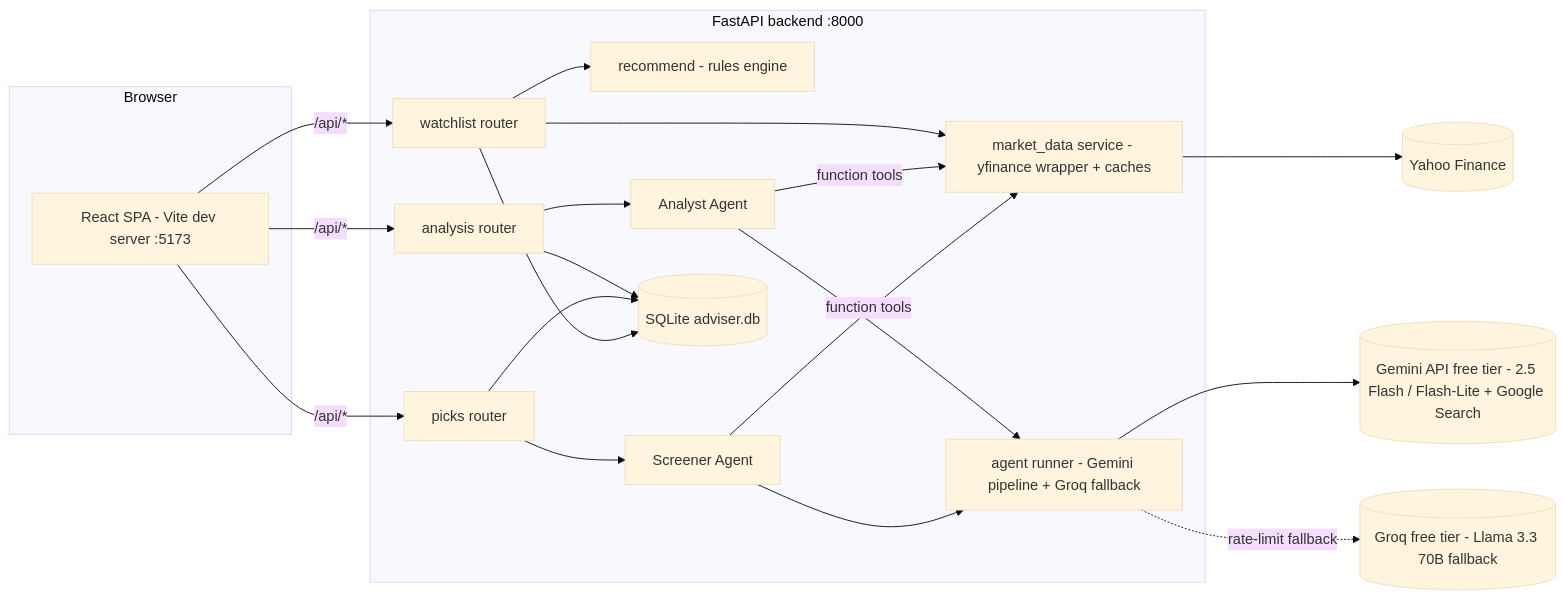
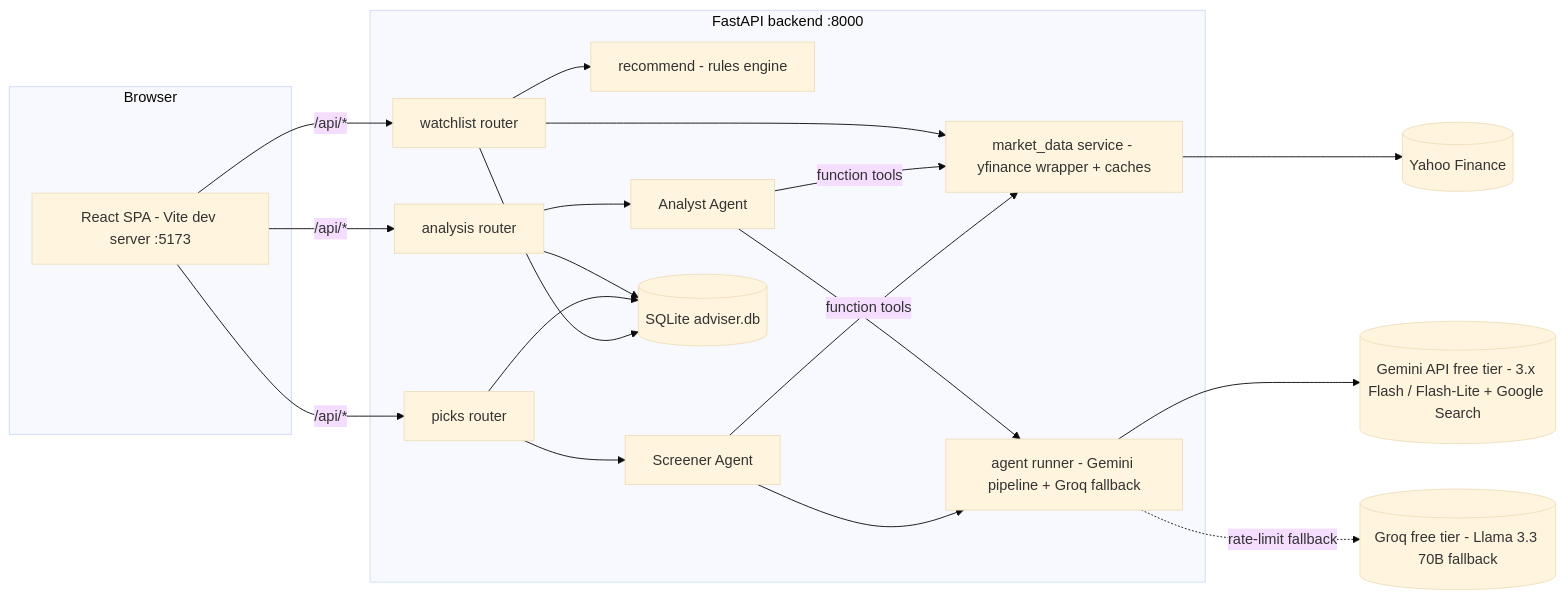
Before and after one commit to deepaknegi16/investment_adviser: the first of 4 diagrams in DESIGN.md, drawn with Mermaid (base theme). The commit also changed other lines of this file, not shown here.

Commit message:
Docs: current Gemini 3.x model names

````diff
--- a/DESIGN.md
+++ b/DESIGN.md
@@ -11,29 +11,29 @@
 ```mermaid
 flowchart LR
     subgraph Browser
         UI[React SPA - Vite dev server :5173]
     end
     subgraph Backend [FastAPI backend :8000]
         WR[watchlist router]
         AR[analysis router]
         PR[picks router]
         MD[market_data service - yfinance wrapper + caches]
         RE[recommend - rules engine]
         AG1[Analyst Agent]
         AG2[Screener Agent]
         RUN[agent runner - Gemini pipeline + Groq fallback]
         DB[(SQLite adviser.db)]
     end
     Y[(Yahoo Finance)]
-    O[(Gemini API free tier - 2.5 Flash / Flash-Lite + Google Search)]
+    O[(Gemini API free tier - 3.x Flash / Flash-Lite + Google Search)]
     G[(Groq free tier - Llama 3.3 70B fallback)]
 
     UI -- "/api/*" --> WR & AR & PR
     WR --> MD --> Y
     WR --> RE
     AR --> AG1 --> RUN --> O
     RUN -. rate-limit fallback .-> G
     PR --> AG2 --> RUN
     AG1 & AG2 -- function tools --> MD
     AR & PR & WR --> DB
 ```
````
